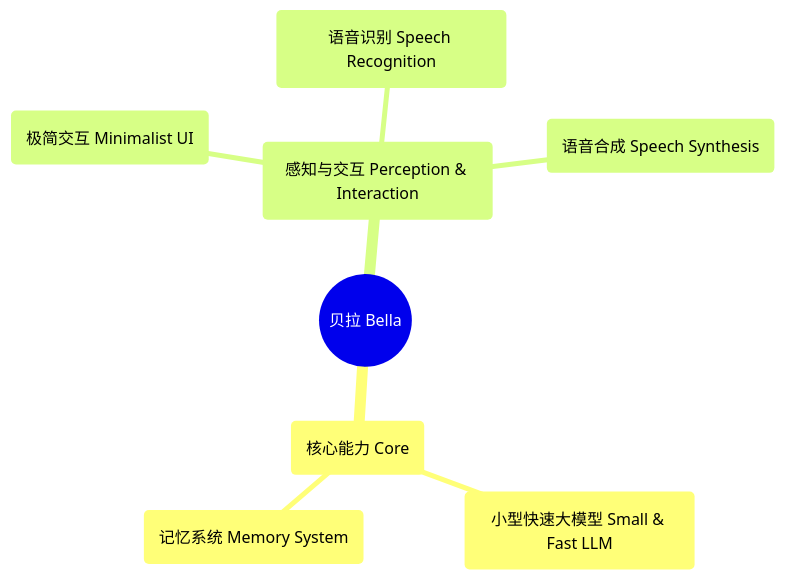
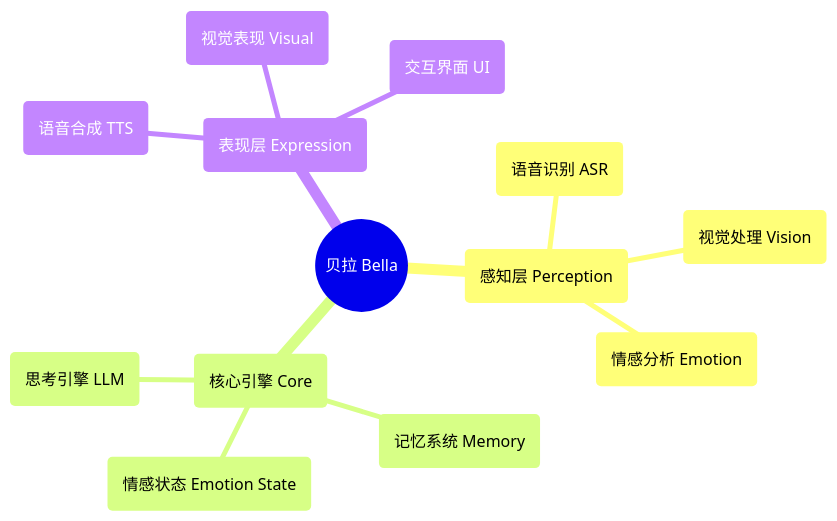
Before and after one commit to zaruous/Bella: the diagram in README.md, drawn with Mermaid. The commit also changed other lines of this file and 7 other files, not shown here.

First line of the commit message:
feat(core): activate LLM model and enhance think method with personality prompts

````diff
--- a/README.md
+++ b/README.md
@@ -3,11 +87,16 @@
 ```mermaid
 mindmap
   root((贝拉 Bella))
-    (核心能力 Core)
-      (小型快速大模型 Small & Fast LLM)
-      (记忆系统 Memory System)
-    (感知与交互 Perception & Interaction)
-      (极简交互 Minimalist UI)
-      (语音识别 Speech Recognition)
-      (语音合成 Speech Synthesis)
+    (感知层 Perception)
+      (语音识别 ASR)
+      (视觉处理 Vision)
+      (情感分析 Emotion)
+    (核心引擎 Core)
+      (思考引擎 LLM)
+      (记忆系统 Memory)
+      (情感状态 Emotion State)
+    (表现层 Expression)
+      (语音合成 TTS)
+      (视觉表现 Visual)
+      (交互界面 UI)
 ```
````
